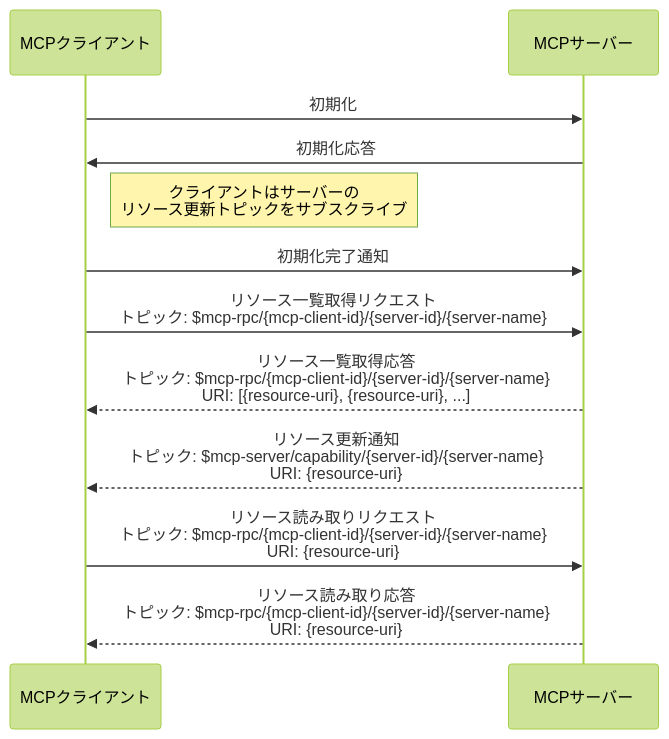
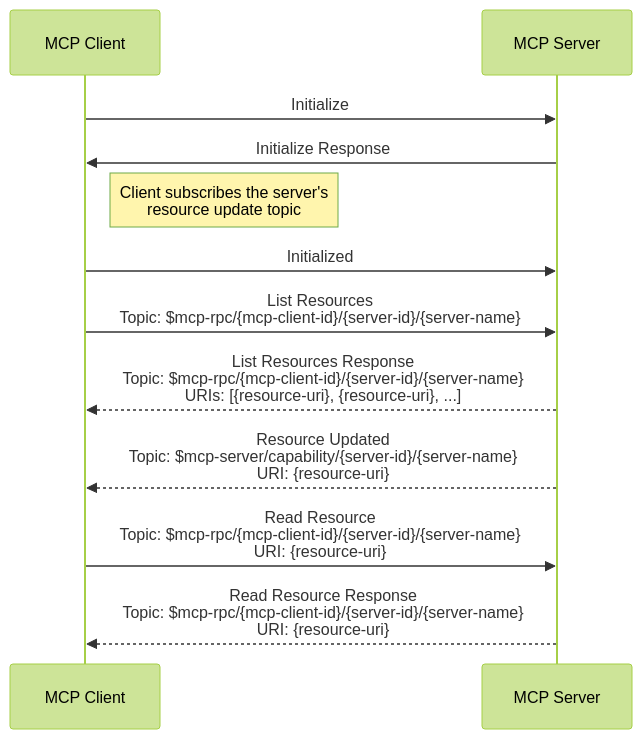
The fourth of 4 diagrams in ja_JP/develop/emqx-ai/mcp-over-mqtt/specification.md (emqx/emqx-docs), drawn with Mermaid (forest theme) before and after one commit. The commit also changed other lines of this file and 425 other files, not shown here.

````diff
--- a/ja_JP/develop/emqx-ai/mcp-over-mqtt/specification.md
+++ b/ja_JP/develop/emqx-ai/mcp-over-mqtt/specification.md
@@ -360,20 +360,20 @@
 ```mermaid
 sequenceDiagram
-    participant MCP_Client as MCPクライアント
-    participant MCP_Server as MCPサーバー
+    participant MCP_Client as MCP Client
+    participant MCP_Server as MCP Server
 
-    MCP_Client ->> MCP_Server: 初期化
-    MCP_Server ->> MCP_Client: 初期化応答
-    Note right of MCP_Client: クライアントはサーバーの<br/>リソース更新トピックをサブスクライブ
-    MCP_Client ->> MCP_Server: 初期化完了通知
+    MCP_Client ->> MCP_Server: Initialize
+    MCP_Server ->> MCP_Client: Initialize Response
+    Note right of MCP_Client: Client subscribes the server's<br/>resource update topic
+    MCP_Client ->> MCP_Server: Initialized
 
-    MCP_Client ->> MCP_Server: リソース一覧取得リクエスト<br/>トピック: $mcp-rpc/{mcp-client-id}/{server-id}/{server-name}
+    MCP_Client ->> MCP_Server: List Resources<br/>Topic: $mcp-rpc/{mcp-client-id}/{server-id}/{server-name}
 
-    MCP_Server -->> MCP_Client: リソース一覧取得応答<br/>トピック: $mcp-rpc/{mcp-client-id}/{server-id}/{server-name}<br/>URI: [{resource-uri}, {resource-uri}, ...]
+    MCP_Server -->> MCP_Client: List Resources Response<br/>Topic: $mcp-rpc/{mcp-client-id}/{server-id}/{server-name}<br/>URIs: [{resource-uri}, {resource-uri}, ...]
 
-    MCP_Server -->> MCP_Client: リソース更新通知<br/>トピック: $mcp-server/capability/{server-id}/{server-name}<br/>URI: {resource-uri}
+    MCP_Server -->> MCP_Client: Resource Updated<br/>Topic: $mcp-server/capability/{server-id}/{server-name}<br/>URI: {resource-uri}
 
-    MCP_Client ->> MCP_Server: リソース読み取りリクエスト<br/>トピック: $mcp-rpc/{mcp-client-id}/{server-id}/{server-name}<br/>URI: {resource-uri}
+    MCP_Client ->> MCP_Server: Read Resource<br/>Topic: $mcp-rpc/{mcp-client-id}/{server-id}/{server-name}<br/>URI: {resource-uri}
 
-    MCP_Server -->> MCP_Client: リソース読み取り応答<br/>トピック: $mcp-rpc/{mcp-client-id}/{server-id}/{server-name}<br/>URI: {resource-uri}
+    MCP_Server -->> MCP_Client: Read Resource Response<br/>Topic: $mcp-rpc/{mcp-client-id}/{server-id}/{server-name}<br/>URI: {resource-uri}
 ```
````
